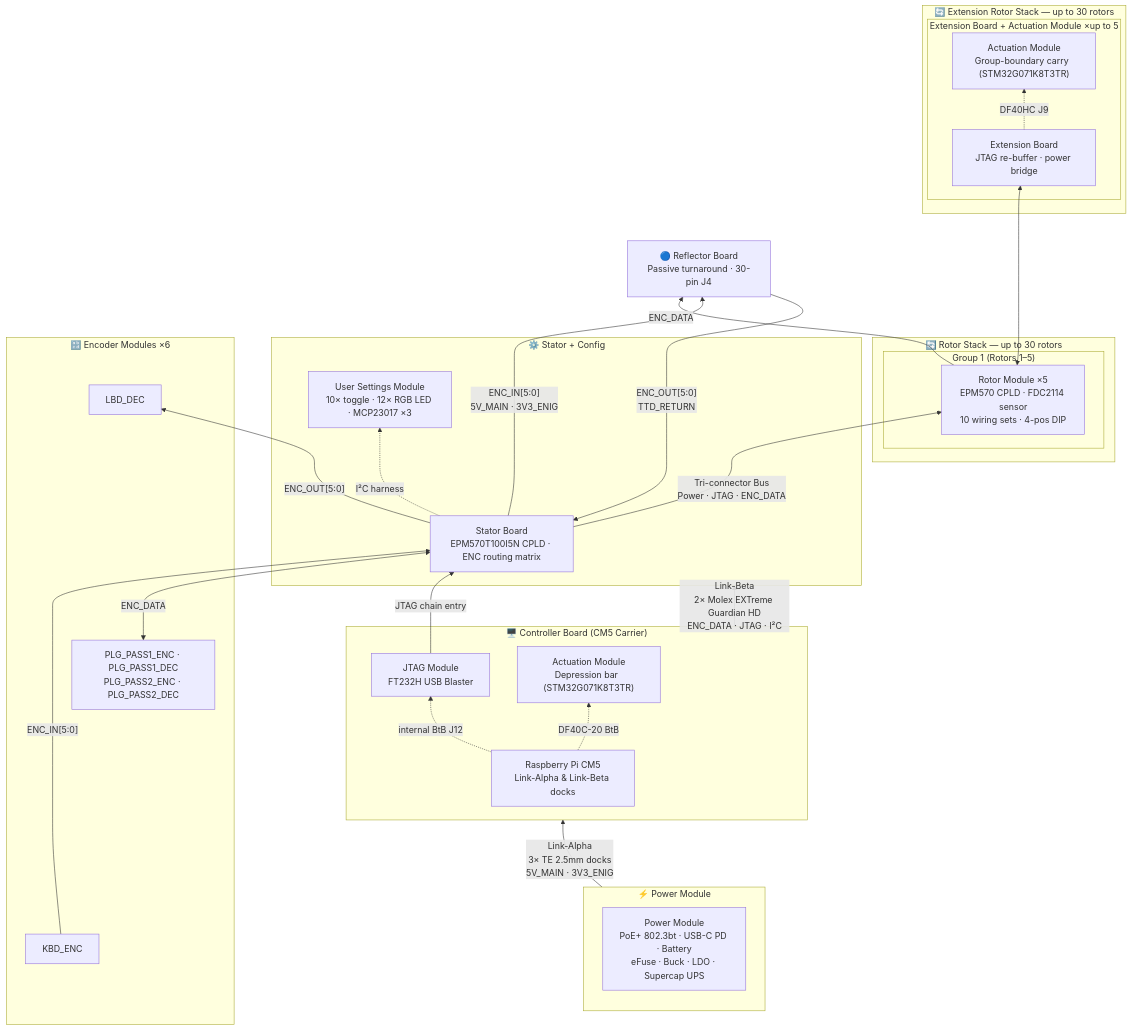
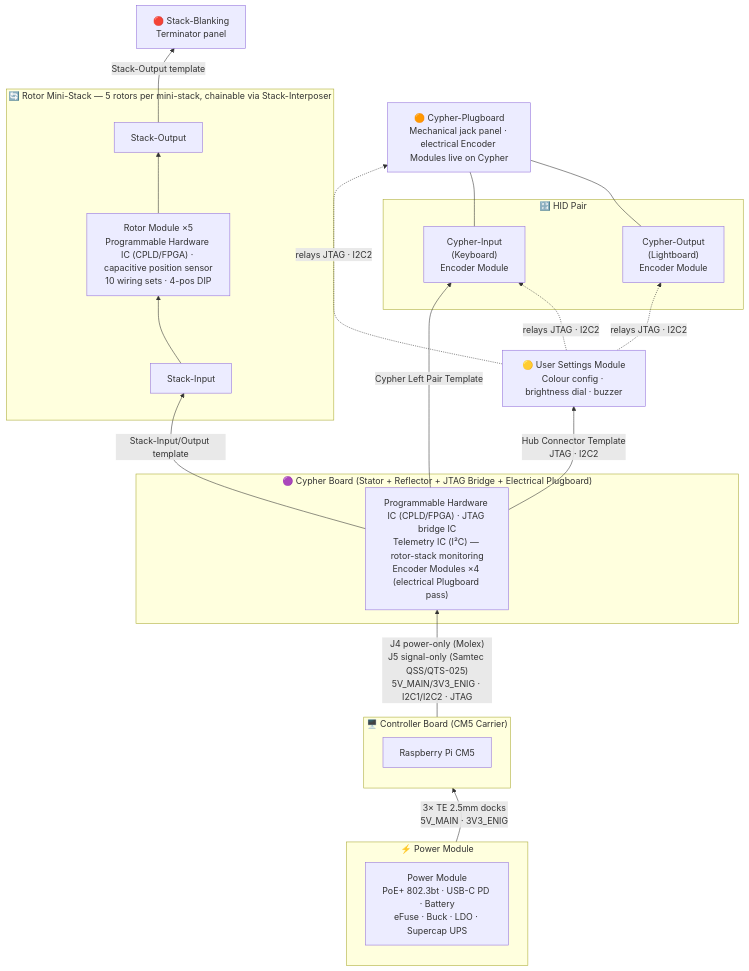
The diagram in design/Electronics/Boards_Overview.md (thepinkmile/Enigma-NG), drawn with Mermaid before and after one commit. The commit also changed other lines of this file, not shown here.

First line of the commit message:
Updates to Boards Overview after Cypher system updates.

````diff
--- a/design/Electronics/Boards_Overview.md
+++ b/design/Electronics/Boards_Overview.md
@@ -23,59 +22,47 @@
 ```mermaid
 flowchart BT
-    REF["🔵 Reflector Board<br>Passive turnaround · 30-pin J4"]
+    SBLANK["🔴 Stack-Blanking<br>Terminator panel"]
 
-    subgraph RSTACK["🔄 Rotor Stack  — up to 30 rotors"]
-        subgraph G1["Group 1  (Rotors 1–5)"]
-            ROT["Rotor Module ×5<br>EPM570 CPLD · FDC2114 sensor<br>10 wiring sets · 4-pos DIP"]
-        end
+    subgraph MSTACK["🔄 Rotor Mini-Stack  — 5 rotors per mini-stack, chainable via Stack-Interposer"]
+        SIN["Stack-Input"]
+        ROT["Rotor Module ×5<br>Programmable Hardware IC (CPLD/FPGA) · capacitive position sensor<br>10 wiring sets · 4-pos DIP"]
+        SOUT["Stack-Output"]
+        SIN --> ROT --> SOUT
     end
 
-    subgraph STATOR["⚙️ Stator + Config"]
-        STA["Stator Board<br>EPM570T100I5N CPLD · ENC routing matrix"]
-        SET["User Settings Module<br>10× toggle · 12× RGB LED · MCP23017 ×3"]
-        STA -. "I²C harness" .-> SET
+    subgraph CYPHER["🟣 Cypher Board  (Stator + Reflector + JTAG Bridge + Electrical Plugboard)"]
+        CYP["Programmable Hardware IC (CPLD/FPGA) · JTAG bridge IC<br>Telemetry IC (I²C) — rotor-stack monitoring<br>Encoder Modules ×4 (electrical Plugboard pass)"]
     end
+
+    subgraph HID["🔡 HID Pair"]
+        CIN["Cypher-Input<br>(Keyboard)<br>Encoder Module"]
+        COUT["Cypher-Output<br>(Lightboard)<br>Encoder Module"]
+    end
+
+    PLUG["🟠 Cypher-Plugboard<br>Mechanical jack panel · electrical Encoder Modules live on Cypher"]
+    USM["🟡 User Settings Module<br>Colour config · brightness dial · buzzer"]
 
     subgraph PWR["⚡ Power Module"]
         PM["Power Module<br>PoE+ 802.3bt · USB-C PD · Battery<br>eFuse · Buck · LDO · Supercap UPS"]
     end
 
-    subgraph ENCS["🔡 Encoder Modules  ×6"]
-        KBD["KBD_ENC"]
-        LBD["LBD_DEC"]
-        PLG["PLG_PASS1_ENC · PLG_PASS1_DEC<br>PLG_PASS2_ENC · PLG_PASS2_DEC"]
+    subgraph CTRL["🖥️ Controller Board  (CM5 Carrier)"]
+        CB["Raspberry Pi CM5"]
     end
 
-    subgraph CTRL["🖥️ Controller Board  (CM5 Carrier)"]
-        CB["Raspberry Pi CM5<br>Link-Alpha & Link-Beta docks"]
-        JTAG["JTAG Module<br>FT232H USB Blaster"]
-        AM_C["Actuation Module<br>Depression bar  (STM32G071K8T3TR)"]
-        CB -. "internal BtB J12" .-> JTAG
-        CB -. "DF40C-20 BtB" .-> AM_C
-    end
+    SBLANK ~~~ MSTACK ~~~ CYPHER
+    CYPHER ~~~ HID ~~~ PLUG
+    PWR ~~~ CTRL
 
-    subgraph EXTRSTACK["🔄 Extension Rotor Stack  — up to 30 rotors"]
-        subgraph EXTG["Extension Board  +  Actuation Module  ×up to 5"]
-            EXT["Extension Board<br>JTAG re-buffer · power bridge"]
-            AME["Actuation Module<br>Group-boundary carry  (STM32G071K8T3TR)"]
-            EXT -. "DF40HC J9" .-> AME
-        end
-    end
-
-    REF ~~~ RSTACK ~~~ STATOR
-    STATOR ~~~ PWR
-    ENCS ~~~ CTRL
-    EXTRSTACK ~~~ RSTACK
-
-    PWR -- "Link-Alpha<br>3× TE 2.5mm docks<br>5V_MAIN · 3V3_ENIG" --> CTRL
-    CTRL -- "Link-Beta<br>2× Molex EXTreme Guardian HD<br>ENC_DATA · JTAG · I²C" --> STATOR
-    JTAG -- "JTAG chain entry" --> STA
-    KBD -- "ENC_IN[5:0]" --> STA
-    STA -- "ENC_OUT[5:0]" --> LBD
-    PLG <-- "ENC_DATA" --> STA
-    STA -- "Tri-connector Bus<br>Power · JTAG · ENC_DATA" --> ROT
-    ROT -- "ENC_DATA" --> REF
-    ROT <---> EXT
-    REF -- "ENC_OUT[5:0]<br>TTD_RETURN" --> STA
-    STA -- "ENC_IN[5:0]<br>5V_MAIN · 3V3_ENIG" --> REF
+    PWR -- "3× TE 2.5mm docks<br>5V_MAIN · 3V3_ENIG" --> CTRL
+    CTRL -- "J4 power-only (Molex)<br>J5 signal-only (Samtec QSS/QTS-025)<br>5V_MAIN/3V3_ENIG · I2C1/I2C2 · JTAG" --> CYP
+    CYP -- "Stack-Input/Output template" --> SIN
+    SOUT -- "Stack-Output template" --> SBLANK
+    CYP -- "Cypher Left Pair Template" --> CIN
+    CYP -- "Hub Connector Template<br>JTAG · I2C2" --> USM
+    USM -. "relays JTAG · I2C2" .-> CIN
+    USM -. "relays JTAG · I2C2" .-> COUT
+    USM -. "relays JTAG · I2C2" .-> PLUG
+    CIN --- PLUG
+    COUT --- PLUG
 ```
````
